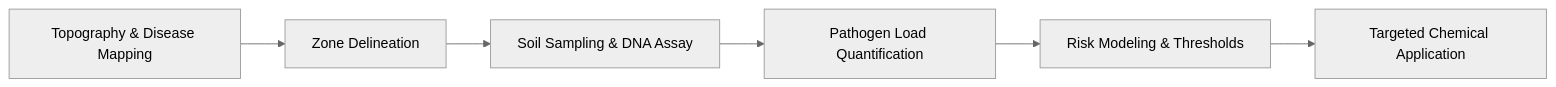
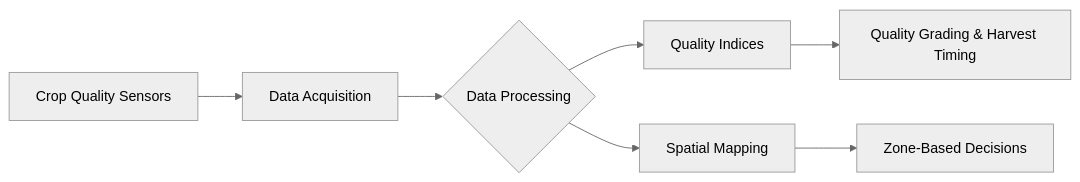
Before and after one commit to 00113844/AGRI4401_website: the seventh of 9 diagrams in presentations/presentation.qmd, drawn with Mermaid (neutral theme). The commit also changed other lines of this file and 4 other files, not shown here.

````diff
--- a/presentations/presentation.qmd
+++ b/presentations/presentation.qmd
@@ -808,8 +608,9 @@
 ```{mermaid}
 flowchart LR
-  A[Topography & Disease Mapping] --> B[Zone Delineation]
-  B --> C[Soil Sampling & DNA Assay]
-  C --> D[Pathogen Load Quantification]
-  D --> E[Risk Modeling & Thresholds]
-  E --> F[Targeted Chemical Application]
+  A[Crop Quality Sensors] --> B[Data Acquisition]
+  B --> C{Data Processing}
+  C --> D[Quality Indices]
+  C --> E[Spatial Mapping]
+  E --> F[Zone-Based Decisions]
+  D --> G[Quality Grading & Harvest Timing]
 ```
````
